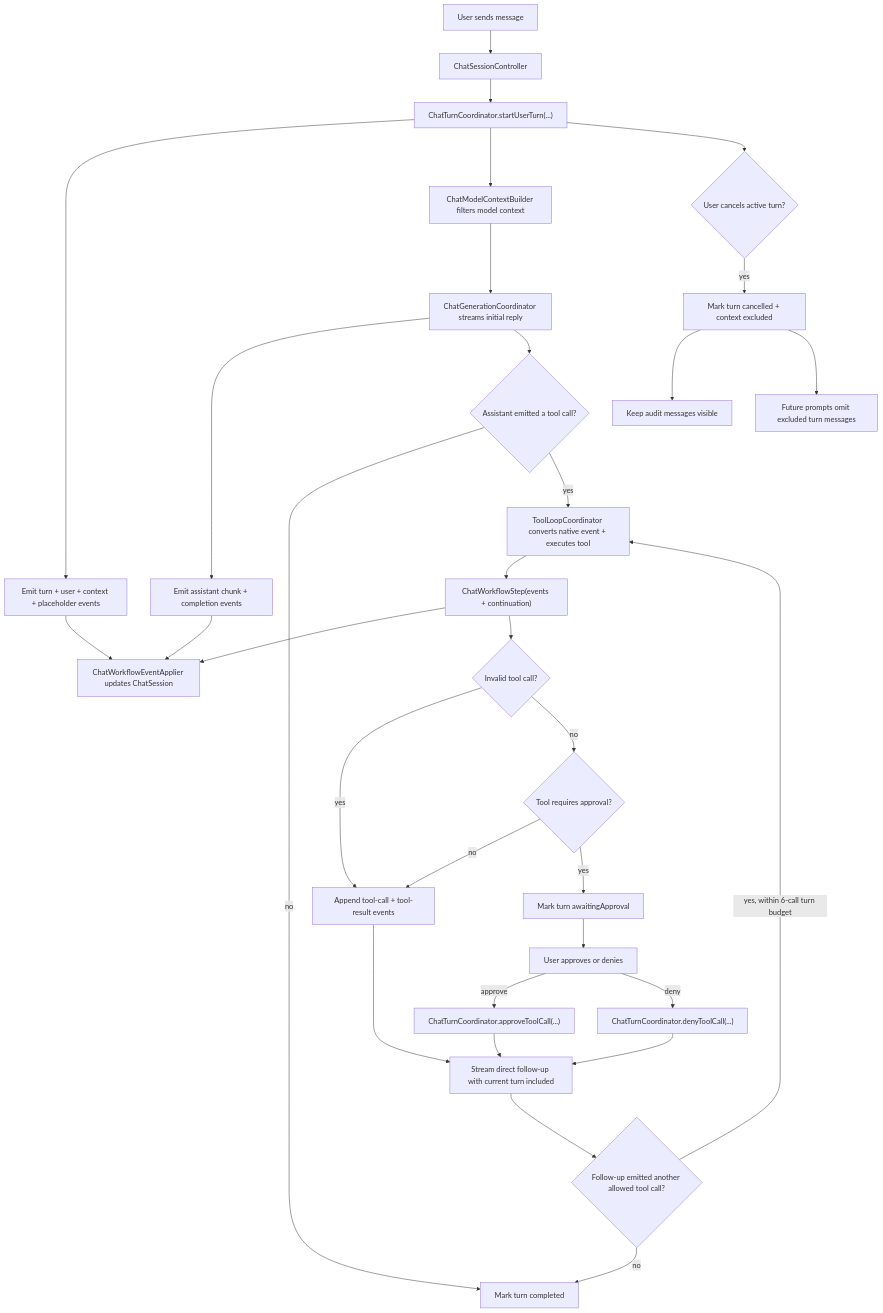
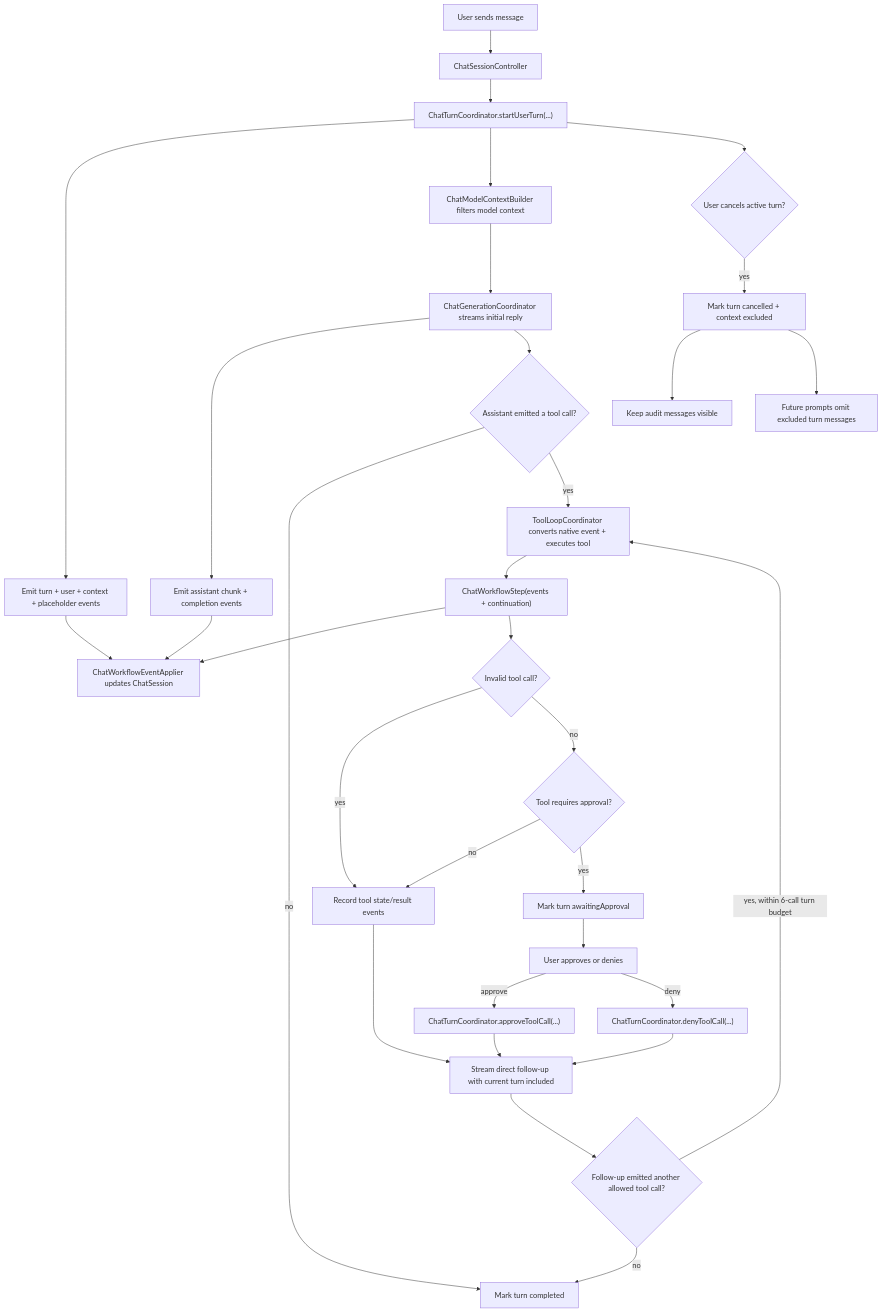
One commit to ngutech21/sumika-chat changed the diagram in docs/chat-runtime.md. Above: the diagram before and after it, drawn with Mermaid. The commit also changed other lines of this file and 22 other files, not shown here.

````diff
--- a/docs/chat-runtime.md
+++ b/docs/chat-runtime.md
@@ -10,34 +10,34 @@
 ```mermaid
 flowchart TD
   A["User sends message"] --> B["ChatSessionController"]
   B --> C["ChatTurnCoordinator.startUserTurn(...)"]
   C --> D["Emit turn + user + context + placeholder events"]
   D --> E["ChatWorkflowEventApplier updates ChatSession"]
   C --> F["ChatModelContextBuilder filters model context"]
   F --> G["ChatGenerationCoordinator streams initial reply"]
   G --> Y["Emit assistant chunk + completion events"]
   Y --> E
   G --> H{"Assistant emitted a tool call?"}
   H -- "no" --> I["Mark turn completed"]
   H -- "yes" --> J["ToolLoopCoordinator converts native event + executes tool"]
   J --> W["ChatWorkflowStep(events + continuation)"]
   W --> E
   W --> V{"Invalid tool call?"}
   V -- "yes" --> L
   V -- "no" --> K{"Tool requires approval?"}
-  K -- "no" --> L["Append tool-call + tool-result events"]
+  K -- "no" --> L["Record tool state/result events"]
   L --> Q["Stream direct follow-up with current turn included"]
   Q --> U{"Follow-up emitted another allowed tool call?"}
   U -- "yes, within 6-call turn budget" --> J
   U -- "no" --> I
   K -- "yes" --> R["Mark turn awaitingApproval"]
   R --> S["User approves or denies"]
   S -- "approve" --> T["ChatTurnCoordinator.approveToolCall(...)"]
   T --> Q
   S -- "deny" --> Z["ChatTurnCoordinator.denyToolCall(...)"]
   Z --> Q
   C --> M{"User cancels active turn?"}
   M -- "yes" --> N["Mark turn cancelled + context excluded"]
   N --> O["Keep audit messages visible"]
   N --> P["Future prompts omit excluded turn messages"]
 ```
````
